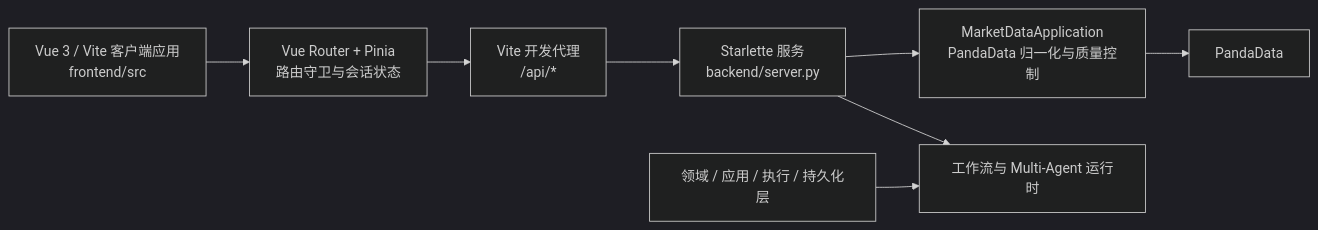
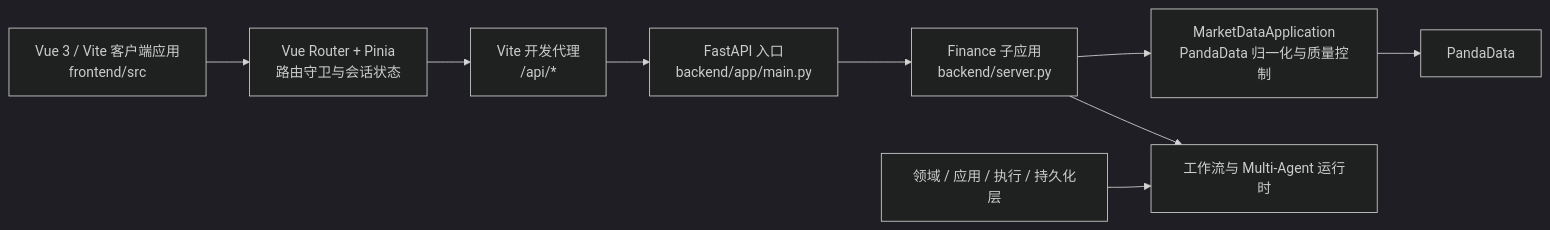
Before and after one commit to Xustalis/Finance-God: the diagram in docs/项目索引.md, drawn with Mermaid (dark theme). The commit also changed other lines of this file and 209 other files, not shown here.

````diff
--- a/docs/项目索引.md
+++ b/docs/项目索引.md
@@ -46,15 +50,16 @@
 ```mermaid
 flowchart LR
   UI["Vue 3 / Vite 客户端应用\nfrontend/src"]
   Router["Vue Router + Pinia\n路由守卫与会话状态"]
   Proxy["Vite 开发代理\n/api/*"]
-  Server["Starlette 服务\nbackend/server.py"]
+  API["FastAPI 入口\nbackend/app/main.py"]
+  Server["Finance 子应用\nbackend/server.py"]
   Market["MarketDataApplication\nPandaData 归一化与质量控制"]
   Panda["PandaData"]
   Domain["领域 / 应用 / 执行 / 持久化层"]
   Runtime["工作流与 Multi-Agent 运行时"]
 
-  UI --> Router --> Proxy --> Server --> Market --> Panda
+  UI --> Router --> Proxy --> API --> Server --> Market --> Panda
   Server --> Runtime
   Domain --> Runtime
 ```
````
